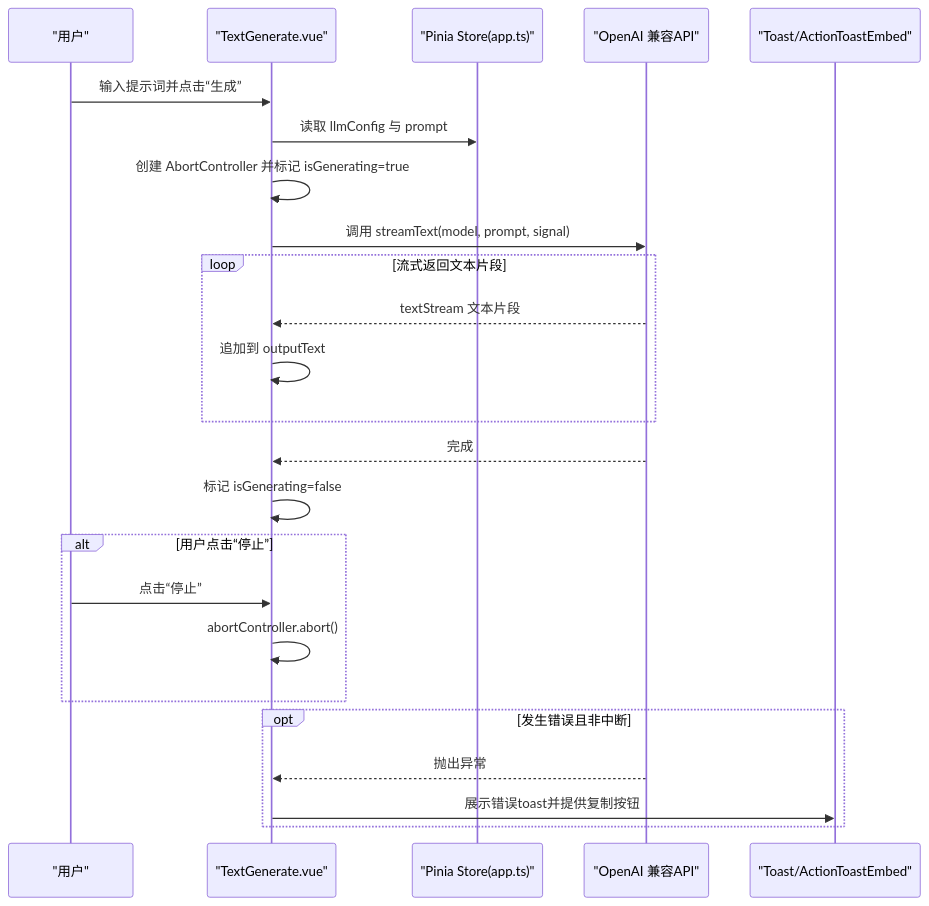
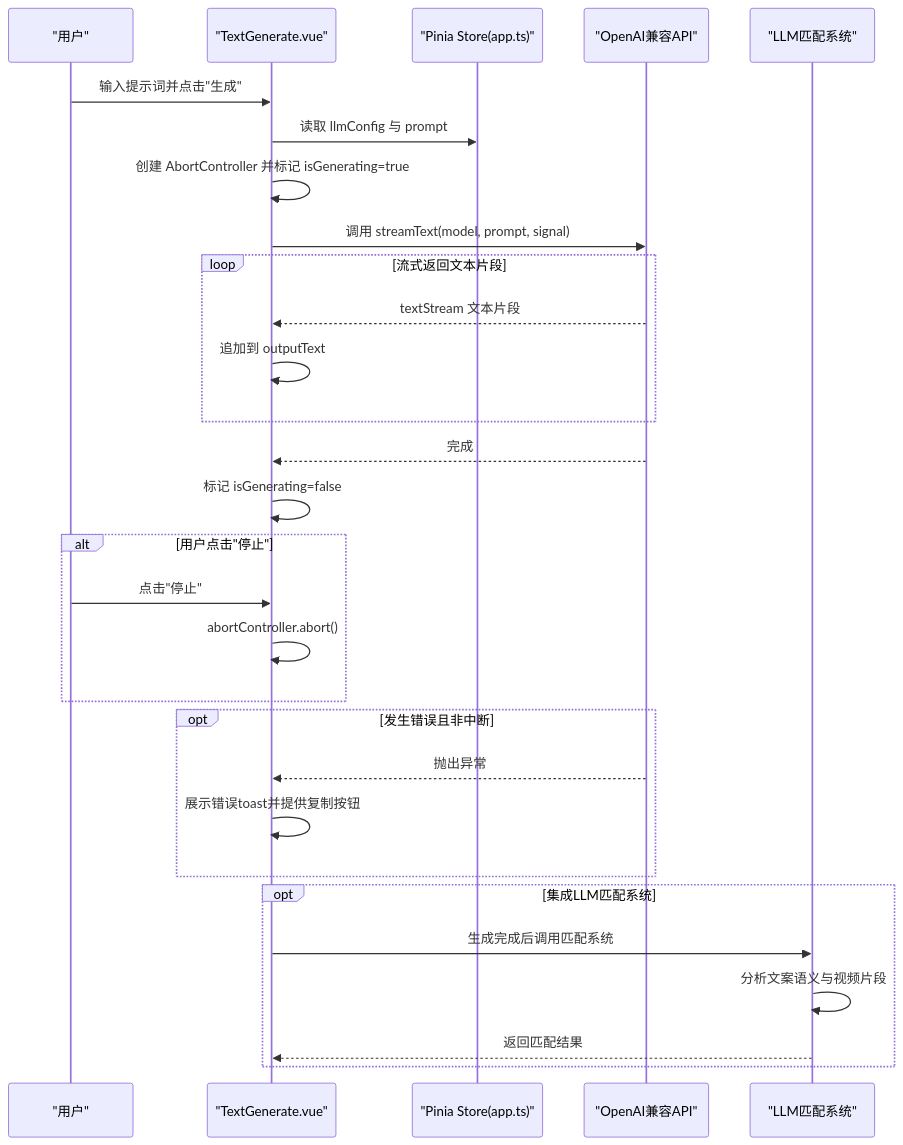
One commit to torans/crow.video changed the second of 7 diagrams in .qoder/repowiki/zh/content/UI组件系统/文案生成组件.md. Above: the diagram before and after it, drawn with Mermaid. The commit also changed other lines of this file and 35 other files, not shown here.

````diff
--- a/.qoder/repowiki/zh/content/UI组件系统/文案生成组件.md
+++ b/.qoder/repowiki/zh/content/UI组件系统/文案生成组件.md
@@ -116,26 +136,31 @@
 ```mermaid
 sequenceDiagram
 participant U as "用户"
 participant C as "TextGenerate.vue"
 participant S as "Pinia Store(app.ts)"
-participant O as "OpenAI 兼容API"
-participant T as "Toast/ActionToastEmbed"
-U->>C : 输入提示词并点击“生成”
+participant O as "OpenAI兼容API"
+participant M as "LLM匹配系统"
+U->>C : 输入提示词并点击"生成"
 C->>S : 读取 llmConfig 与 prompt
 C->>C : 创建 AbortController 并标记 isGenerating=true
 C->>O : 调用 streamText(model, prompt, signal)
 loop 流式返回文本片段
 O-->>C : textStream 文本片段
 C->>C : 追加到 outputText
 end
 O-->>C : 完成
 C->>C : 标记 isGenerating=false
-alt 用户点击“停止”
-U->>C : 点击“停止”
+alt 用户点击"停止"
+U->>C : 点击"停止"
 C->>C : abortController.abort()
 end
 opt 发生错误且非中断
 O-->>C : 抛出异常
-C->>T : 展示错误toast并提供复制按钮
+C->>C : 展示错误toast并提供复制按钮
+end
+opt 集成LLM匹配系统
+C->>M : 生成完成后调用匹配系统
+M->>M : 分析文案语义与视频片段
+M-->>C : 返回匹配结果
 end
 ```
````
